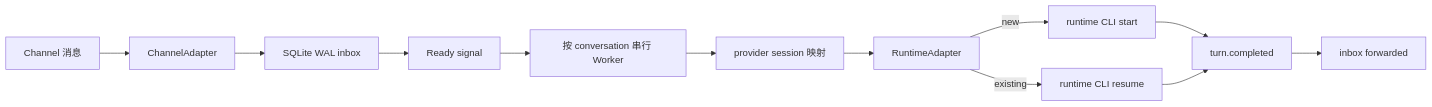
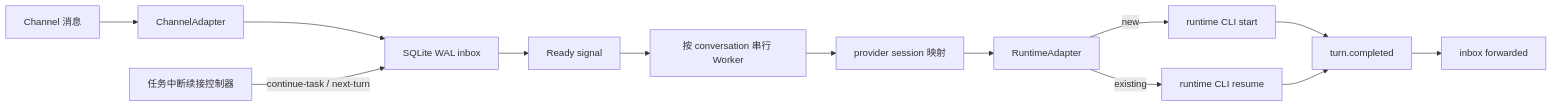
Before and after one commit to HiQ-AI/agent-channel-host: the diagram in README.md, drawn with Mermaid. The commit also changed other lines of this file and 15 other files, not shown here.

````diff
--- a/README.md
+++ b/README.md
@@ -13,14 +13,15 @@
 ```mermaid
 flowchart LR
   Channel[Channel 消息] --> Adapter[ChannelAdapter]
   Adapter --> Inbox[SQLite WAL inbox]
   Inbox --> Signal[Ready signal]
   Signal --> Worker[按 conversation 串行 Worker]
   Worker --> Map[provider session 映射]
   Map --> Runtime[RuntimeAdapter]
   Runtime -->|new| Exec[runtime CLI start]
   Runtime -->|existing| Resume[runtime CLI resume]
   Exec --> Receipt[turn.completed]
   Resume --> Receipt
   Receipt --> Cursor[inbox forwarded]
+  Control[任务中断续接控制器] -->|continue-task / next-turn| Inbox
 ```
````
